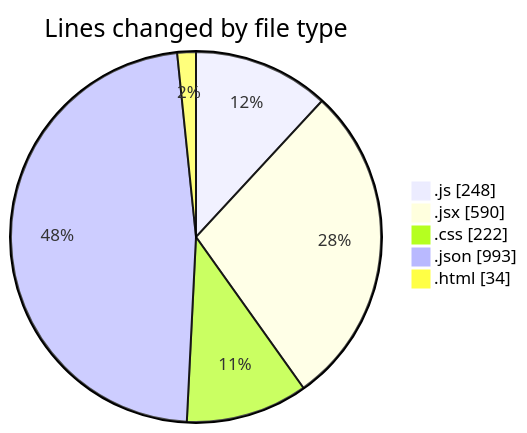
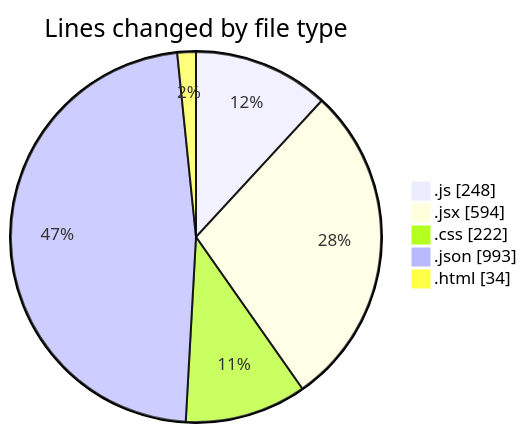
One commit to Ritupan-Deka/code-tracking changed the first of 2 diagrams in 2025-07-01/urlwebwalatask/README.md. Above: the diagram before and after it, drawn with Mermaid. The commit also changed other lines of this file and 1 other file, not shown here.

````diff
--- a/2025-07-01/urlwebwalatask/README.md
+++ b/2025-07-01/urlwebwalatask/README.md
@@ -31,9 +31,9 @@
 ```mermaid
 pie showData
 title Lines changed by file type
 ".js" : 248
-".jsx" : 590
+".jsx" : 594
 ".css" : 222
 ".json" : 993
 ".html" : 34
 ```
````
